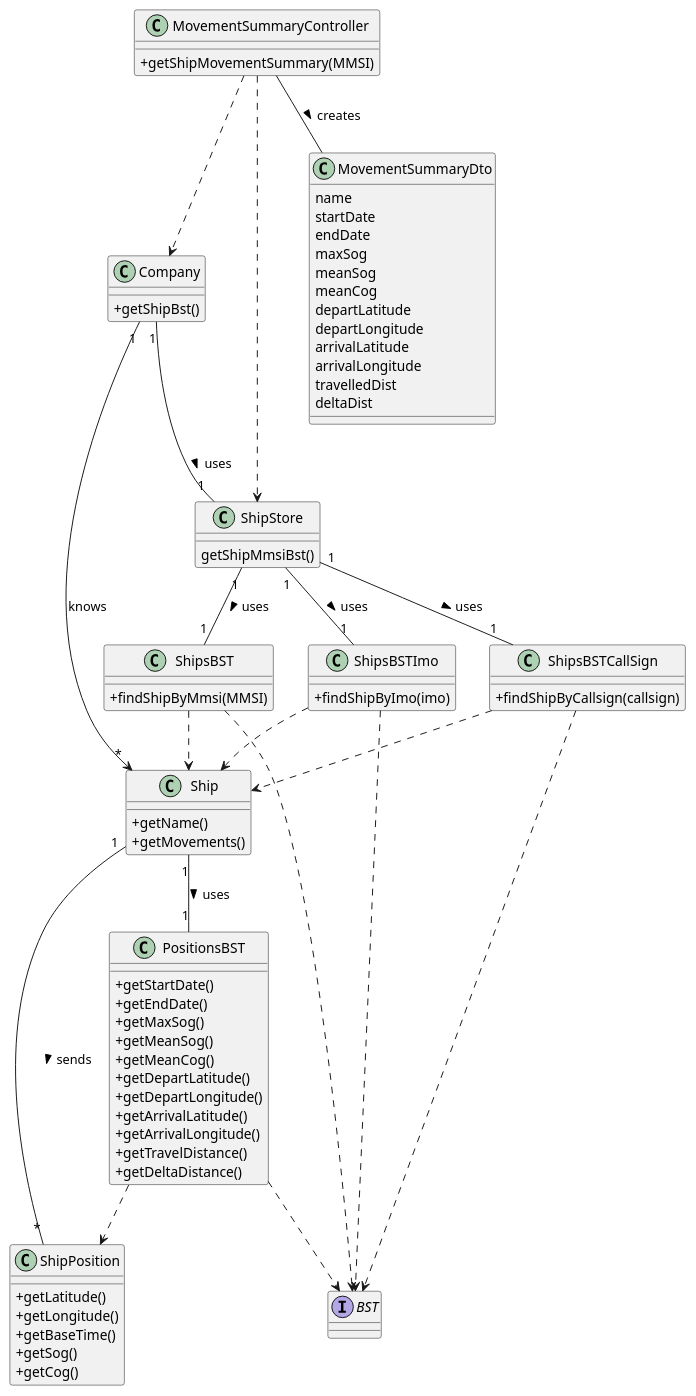
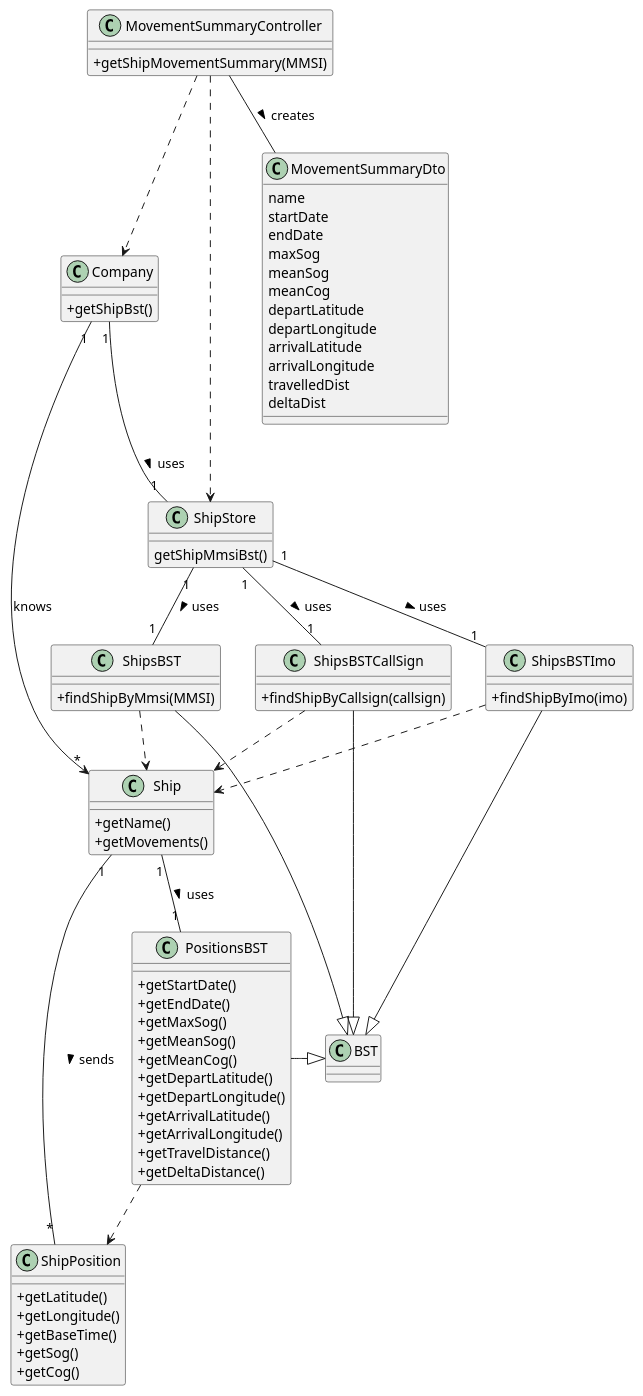
One commit to ana-albergaria/LAPR3-ISEP changed the diagram in docs/US104/CD_104.puml. Above: the diagram before and after it, drawn with PlantUML. The commit also changed 9 other files, not shown here.

```diff
--- a/docs/US104/CD_104.puml
+++ b/docs/US104/CD_104.puml
@@ -1,89 +1,89 @@
 @startuml
 skinparam classAttributeIconSize 0
 
 class Company{
     +getShipBst()
 }
-Interface BST{}
+class BST{}
 
 class Ship {
     +getName()
     +getMovements()
 }
 
 class ShipsBST{
     +findShipByMmsi(MMSI)
 }
 
 class ShipsBSTImo{
     +findShipByImo(imo)
 }
 class ShipsBSTCallSign{
      +findShipByCallsign(callsign)
  }
 
 class ShipStore{
     getShipMmsiBst()
 }
 class ShipPosition{
     +getLatitude()
     +getLongitude()
     +getBaseTime()
     +getSog()
     +getCog()
 }
 
 class PositionsBST {
     +getStartDate()
     +getEndDate()
     +getMaxSog()
     +getMeanSog()
     +getMeanCog()
     +getDepartLatitude()
     +getDepartLongitude()
     +getArrivalLatitude()
     +getArrivalLongitude()
     +getTravelDistance()
     +getDeltaDistance()
 }
 
 
 class MovementSummaryController {
 +getShipMovementSummary(MMSI)
 }
 
 class MovementSummaryDto{
     name
     startDate
     endDate
     maxSog
     meanSog
     meanCog
     departLatitude
     departLongitude
     arrivalLatitude
     arrivalLongitude
     travelledDist
     deltaDist
 }
 
 MovementSummaryController ..> Company
 MovementSummaryController ..> ShipStore
 MovementSummaryController -- MovementSummaryDto: creates >
 Company "1" --> "*" Ship : knows
 Company "1" -- "1" ShipStore : uses >
 ShipStore "1" -- "1" ShipsBSTCallSign : uses >
 ShipStore "1" -- "1" ShipsBST : uses >
 ShipStore "1" -- "1" ShipsBSTImo : uses >
 ShipsBST ..> Ship
 ShipsBSTImo ..> Ship
 ShipsBSTCallSign ..> Ship
 Ship "1" -- "*" ShipPosition : sends >
 Ship "1" -- "1" PositionsBST : uses >
 PositionsBST ..> ShipPosition
-ShipsBST ..> BST
-ShipsBSTImo ..> BST
-ShipsBSTCallSign ..> BST
-PositionsBST ..> BST
+ShipsBST -|> BST
+ShipsBSTImo -|> BST
+ShipsBSTCallSign -|> BST
+PositionsBST -|> BST
 
 @enduml
```
